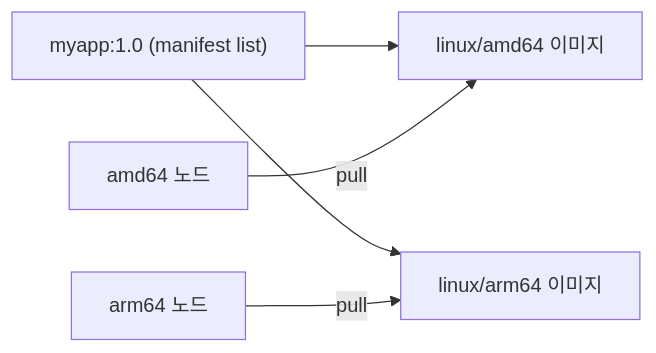
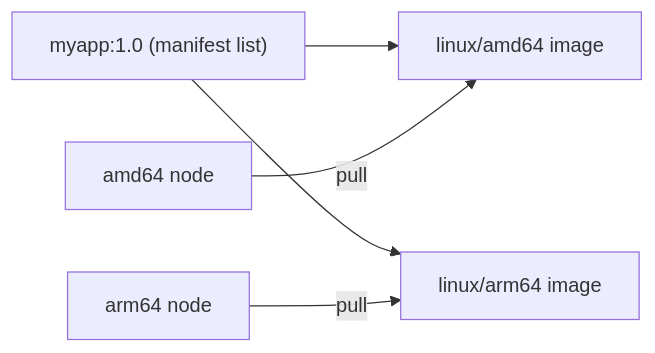
The second of 2 diagrams in content/usecases/49-uc-imagepullbackoff.md (jeonck/k8s-adv), drawn with Mermaid before and after one commit. The commit also changed other lines of this file and 223 other files, not shown here.

````diff
--- a/content/usecases/49-uc-imagepullbackoff.md
+++ b/content/usecases/49-uc-imagepullbackoff.md
@@ -92,7 +92,7 @@
 ```mermaid
 flowchart LR
-    T["myapp:1.0 (manifest list)"] --> A["linux/amd64 이미지"]
-    T --> B["linux/arm64 이미지"]
-    N1[amd64 노드] -->|pull| A
-    N2[arm64 노드] -->|pull| B
+    T["myapp:1.0 (manifest list)"] --> A["linux/amd64 image"]
+    T --> B["linux/arm64 image"]
+    N1[amd64 node] -->|pull| A
+    N2[arm64 node] -->|pull| B
 ```
````
